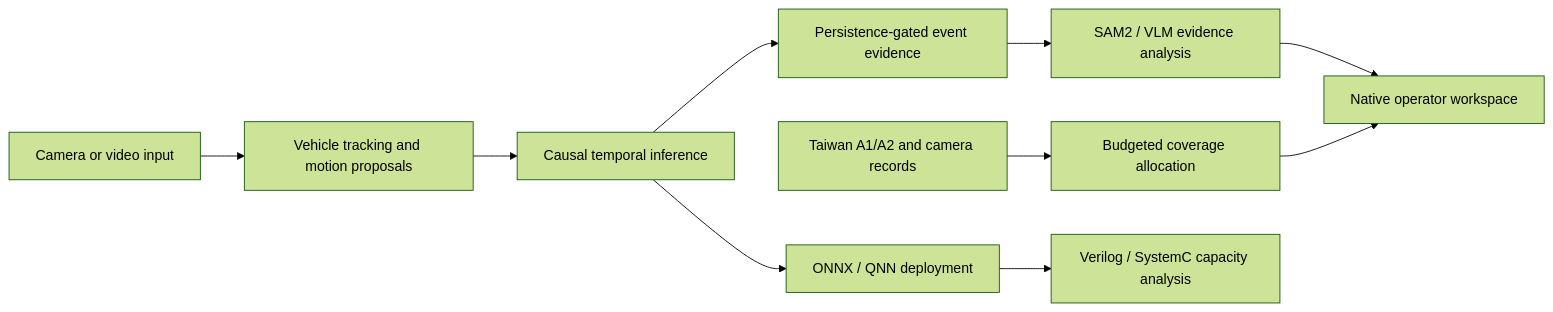
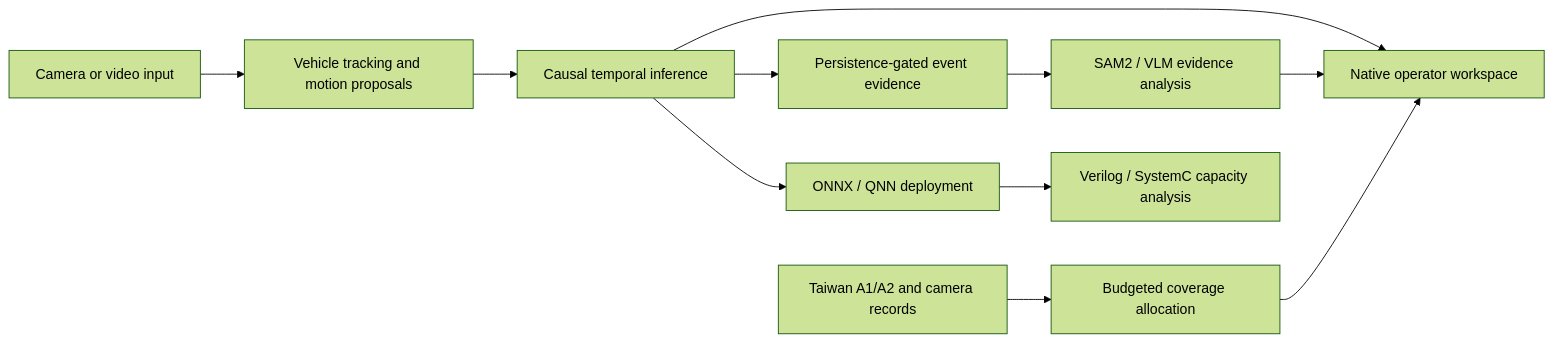
The diagram in README.md (Sakuya4/solveillegalparkingbyVLM), drawn with Mermaid (forest theme) before and after one commit. The commit also changed other lines of this file and 27 other files, not shown here.

````diff
--- a/README.md
+++ b/README.md
@@ -73,12 +76,13 @@
 ```mermaid
 flowchart LR
     A["Camera or video input"] --> B["Vehicle tracking and motion proposals"]
     B --> C["Causal temporal inference"]
     C --> D["Persistence-gated event evidence"]
+    C --> F["Native operator workspace"]
     D --> E["SAM2 / VLM evidence analysis"]
-    E --> F["Native operator workspace"]
+    E --> F
     G["Taiwan A1/A2 and camera records"] --> H["Budgeted coverage allocation"]
     H --> F
     C --> I["ONNX / QNN deployment"]
     I --> J["Verilog / SystemC capacity analysis"]
 ```
````
